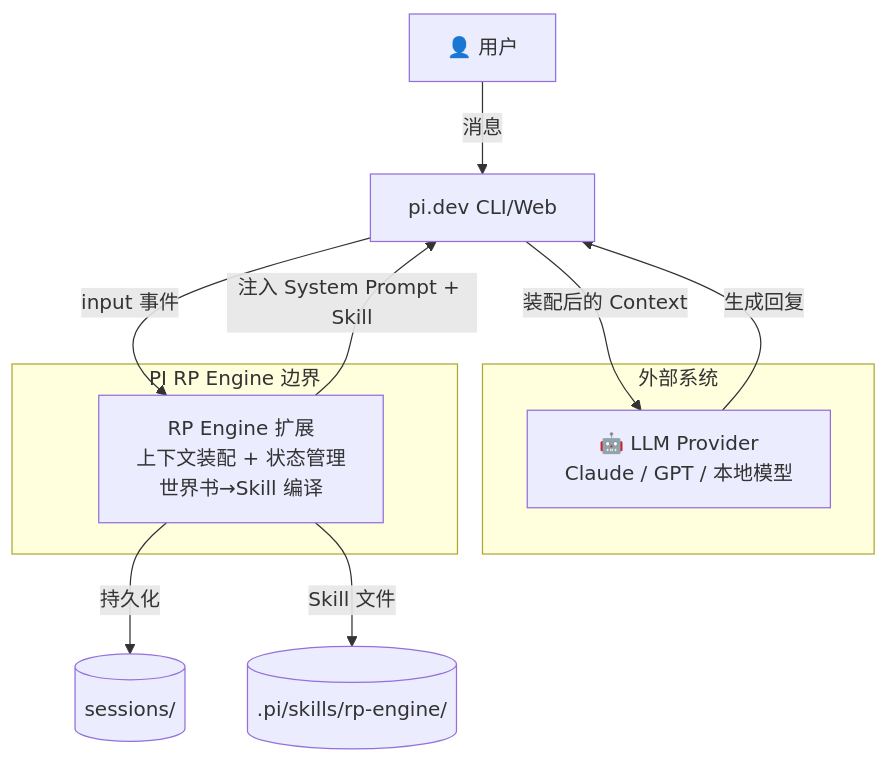
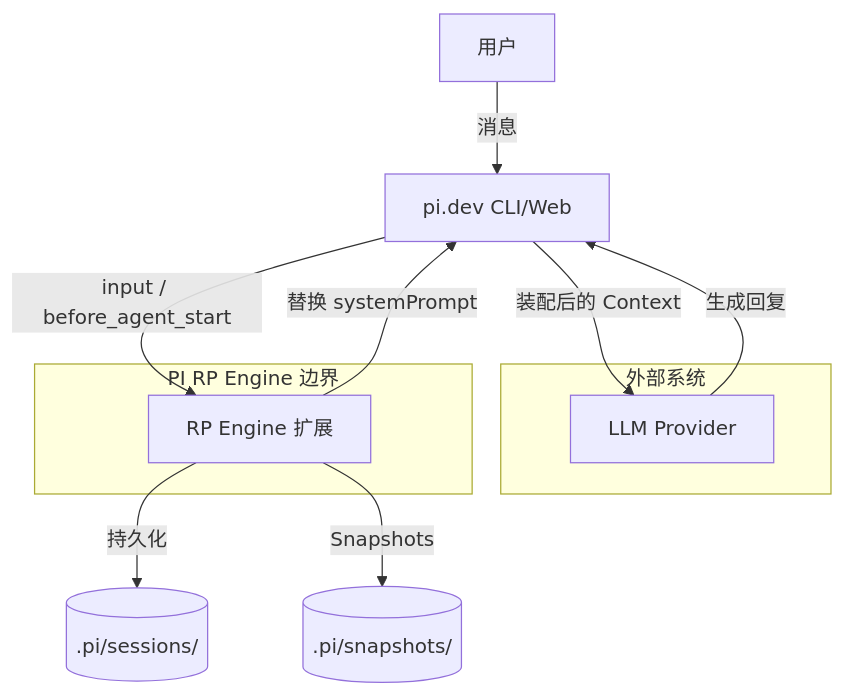
One commit to SDRTIO-bit/pi-stage changed the first of 2 diagrams in docs/architecture.md. Above: the diagram before and after it, drawn with Mermaid. The commit also changed other lines of this file and 399 other files, not shown here.

````diff
--- a/docs/architecture.md
+++ b/docs/architecture.md
@@ -9,19 +9,19 @@
 ```mermaid
 flowchart TB
-    User[👤 用户] -->|消息| PiDev[pi.dev CLI/Web]
+    User[用户] -->|消息| PiDev[pi.dev CLI/Web]
 
     subgraph External["外部系统"]
-        LLM[🤖 LLM Provider<br/>Claude / GPT / 本地模型]
+        LLM[LLM Provider]
     end
 
     subgraph Boundary["PI RP Engine 边界"]
-        Engine[RP Engine 扩展<br/>上下文装配 + 状态管理<br/>世界书→Skill 编译]
+        Engine[RP Engine 扩展]
     end
 
-    PiDev -->|input 事件| Engine
-    Engine -->|注入 System Prompt + Skill| PiDev
+    PiDev -->|"input / before_agent_start"| Engine
+    Engine -->|"替换 systemPrompt"| PiDev
     PiDev -->|装配后的 Context| LLM
     LLM -->|生成回复| PiDev
-    Engine -->|持久化| Disk[(sessions/)]
-    Engine -->|Skill 文件| Skills[(.pi/skills/rp-engine/)]
+    Engine -->|持久化| Disk[(.pi/sessions/)]
+    Engine -->|Snapshots| Snap[(.pi/snapshots/)]
 ```
````
